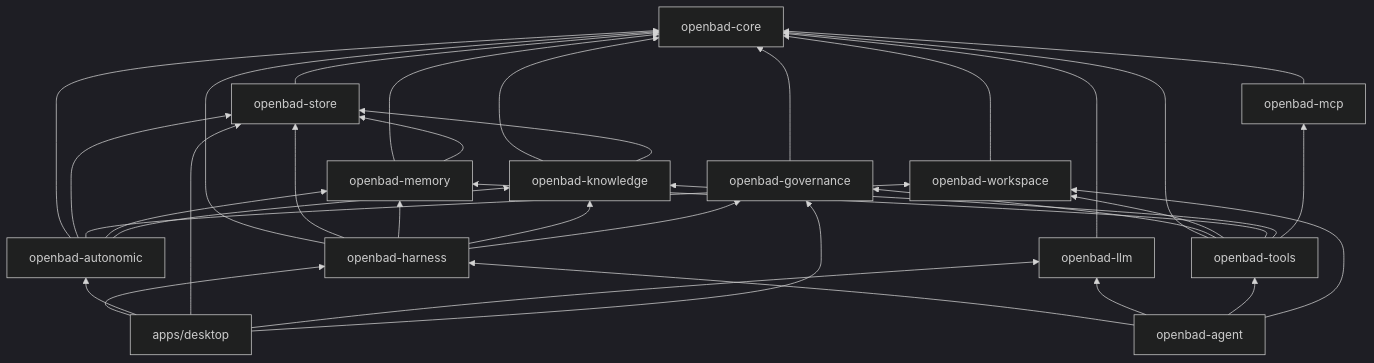
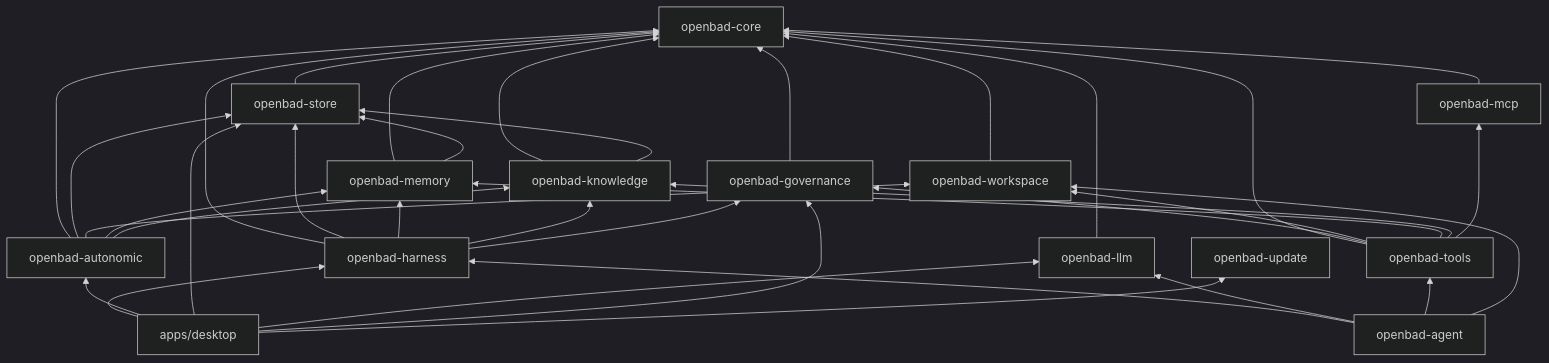
The diagram in docs/architecture/02-rust-workspace-and-crates.md (bruceamoser/OpenBaD), drawn with Mermaid (dark theme) before and after one commit. The commit also changed other lines of this file and 21 other files, not shown here.

````diff
--- a/docs/architecture/02-rust-workspace-and-crates.md
+++ b/docs/architecture/02-rust-workspace-and-crates.md
@@ -83,38 +85,40 @@
 ```mermaid
 flowchart BT
     Core[openbad-core]
     Store[openbad-store] --> Core
     Llm[openbad-llm] --> Core
     Gov[openbad-governance] --> Core
     Ws[openbad-workspace] --> Core
     Mem[openbad-memory] --> Core
     Mem --> Store
     Know[openbad-knowledge] --> Core
     Know --> Store
     Tools[openbad-tools] --> Core
     Tools --> Gov
     Tools --> Ws
     Tools --> Mem
     Tools --> Know
     Harness[openbad-harness] --> Core
     Harness --> Store
     Harness --> Mem
     Harness --> Know
     Harness --> Gov
     Agent[openbad-agent] --> Harness
     Agent --> Llm
     Agent --> Tools
     Agent --> Ws
     Auto[openbad-autonomic] --> Core
     Auto --> Store
     Auto --> Ws
     Auto --> Mem
     Auto --> Know
     Mcp[openbad-mcp] --> Core
     Tools --> Mcp
+    Upd[openbad-update]
     Desktop[apps/desktop] --> Harness
     Desktop --> Auto
     Desktop --> Store
     Desktop --> Llm
     Desktop --> Gov
+    Desktop --> Upd
 ```
````
